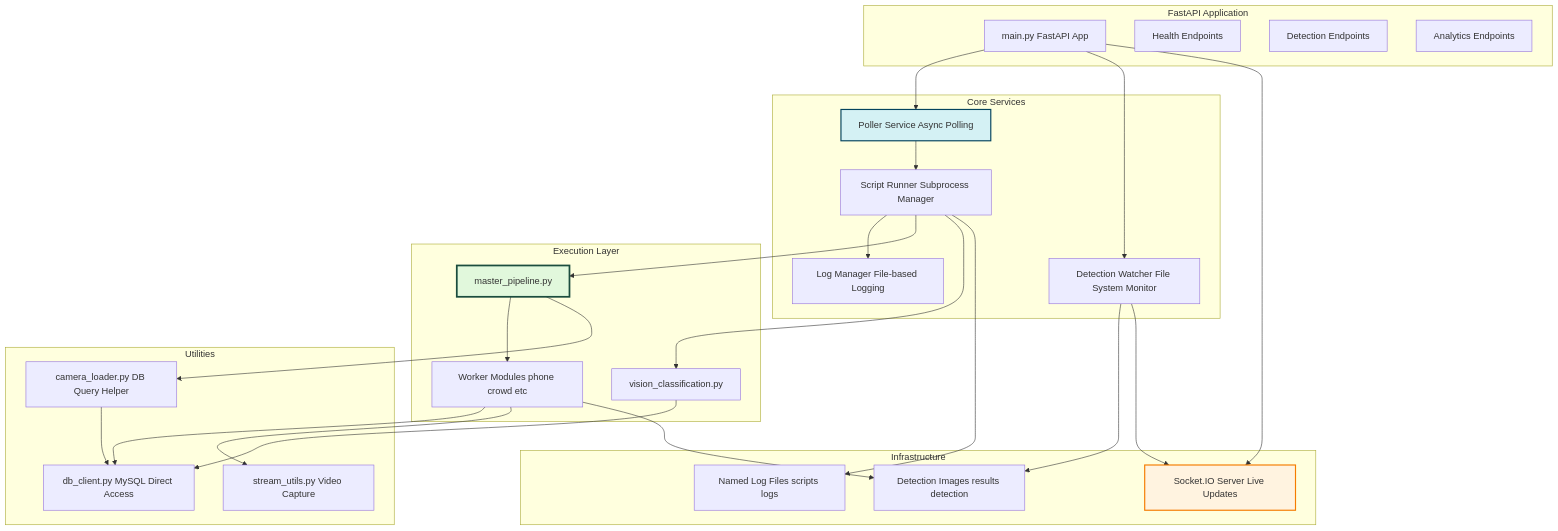
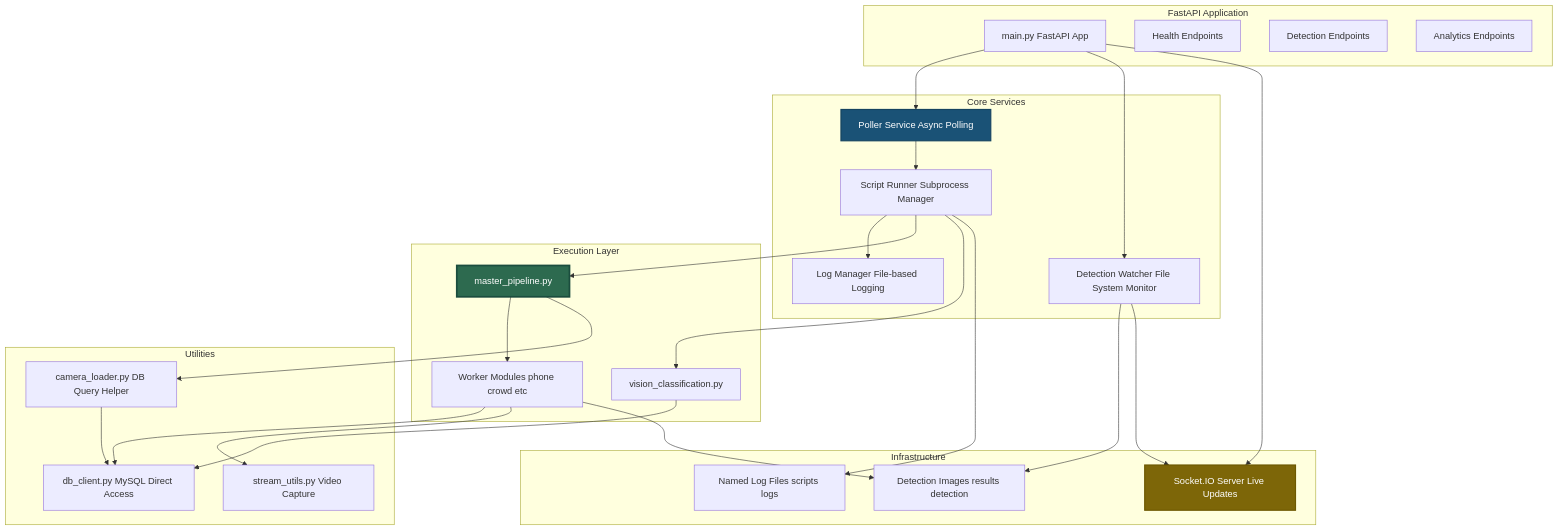
One commit to aman-tiwari18/cctv changed the ninth of 9 diagrams in complete_workflow_documentation.md. Above: the diagram before and after it, drawn with Mermaid. The commit also changed other lines of this file, not shown here.

````diff
--- a/complete_workflow_documentation.md
+++ b/complete_workflow_documentation.md
@@ -495,60 +495,60 @@
 ```mermaid
 graph TB
     subgraph FastAPI["FastAPI Application"]
         MAIN[main.py FastAPI App]
         HEALTH[Health Endpoints]
         DETECT[Detection Endpoints]
         ANALYTICS[Analytics Endpoints]
     end
     
     subgraph Core["Core Services"]
         POLLER[Poller Service Async Polling]
         RUNNER[Script Runner Subprocess Manager]
         LOGMGR[Log Manager File-based Logging]
         WATCH[Detection Watcher File System Monitor]
     end
     
     subgraph Execution["Execution Layer"]
         MASTER[master_pipeline.py]
         VISION[vision_classification.py]
         WORKERS[Worker Modules phone crowd etc]
     end
     
     subgraph Utilities["Utilities"]
         DB_CLIENT[db_client.py MySQL Direct Access]
         CAM_LOADER[camera_loader.py DB Query Helper]
         STREAM[stream_utils.py Video Capture]
     end
     
     subgraph Infrastructure["Infrastructure"]
         SOCKET[Socket.IO Server Live Updates]
         LOGS[Named Log Files scripts logs]
         RESULTS[Detection Images results detection]
     end
     
     MAIN --> POLLER
     MAIN --> WATCH
     MAIN --> SOCKET
     
     POLLER --> RUNNER
     RUNNER --> LOGMGR
     RUNNER --> MASTER
     RUNNER --> VISION
     
     MASTER --> WORKERS
     VISION --> DB_CLIENT
     WORKERS --> DB_CLIENT
     WORKERS --> STREAM
     
     MASTER --> CAM_LOADER
     CAM_LOADER --> DB_CLIENT
     
     RUNNER --> LOGS
     WORKERS --> RESULTS
     WATCH --> RESULTS
     WATCH --> SOCKET
-    
-    style POLLER fill:#d4f1f4,stroke:#05445e,stroke-width:2px
-    style MASTER fill:#e1f8dc,stroke:#1b4d3e,stroke-width:3px
-    style SOCKET fill:#fff3e0,stroke:#f57c00,stroke-width:2px
+
+    style POLLER fill:#1a5276,color:#ffffff,stroke:#154360,stroke-width:2px
+    style MASTER fill:#2d6a4f,color:#ffffff,stroke:#1b4d3e,stroke-width:3px
+    style SOCKET fill:#7d6608,color:#ffffff,stroke:#6d5800,stroke-width:2px
 ```
````
